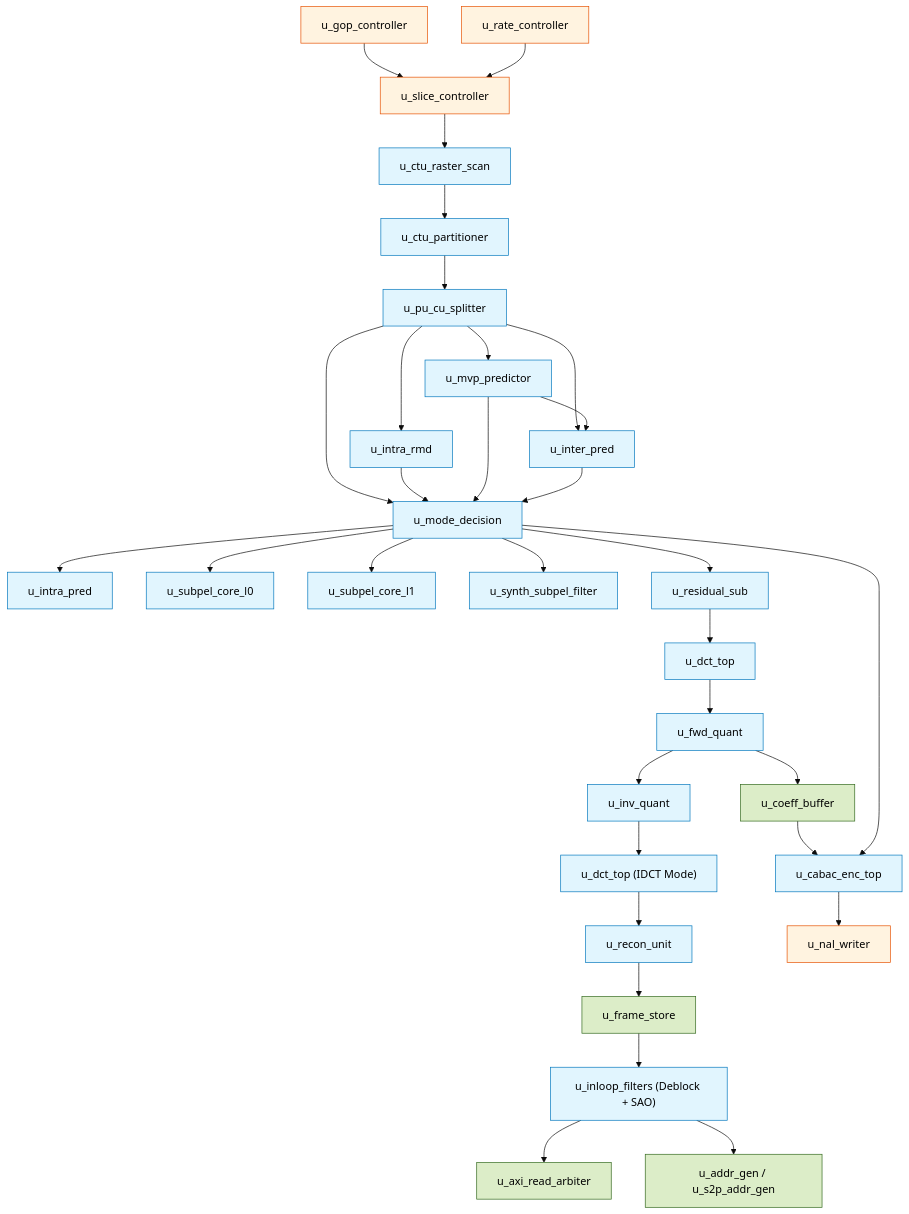
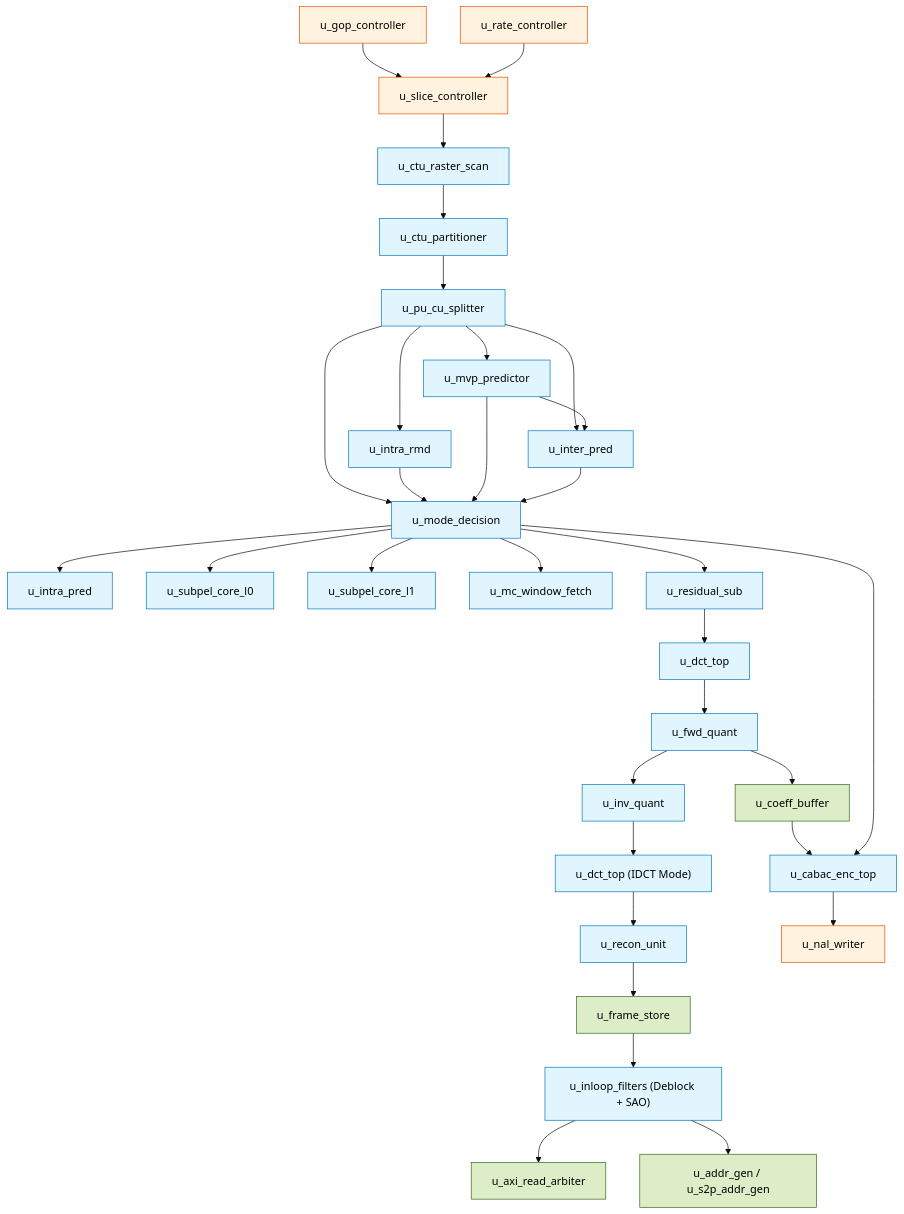
The second of 2 diagrams in docs/port_connections_hevc_top.md (minh-tb/hevc_hw_encoder), drawn with Mermaid (base theme) before and after one commit. The commit also changed other lines of this file and 55 other files, not shown here.

````diff
--- a/docs/port_connections_hevc_top.md
+++ b/docs/port_connections_hevc_top.md
@@ -157,45 +157,45 @@
 ```mermaid
 graph TD
     classDef topmod fill:#fff3e0,stroke:#e65100,stroke-width:1px,color:#000;
     classDef coremod fill:#e1f5fe,stroke:#0277bd,stroke-width:1px,color:#000;
     classDef memmod fill:#dcedc8,stroke:#33691e,stroke-width:1px,color:#000;
 
     GOP["u_gop_controller"]:::topmod --> SLICE["u_slice_controller"]:::topmod
     RC["u_rate_controller"]:::topmod --> SLICE
     SLICE --> SCAN["u_ctu_raster_scan"]:::coremod
     SCAN --> PART["u_ctu_partitioner"]:::coremod
     PART --> SPLIT["u_pu_cu_splitter"]:::coremod
 
     SPLIT --> MD["u_mode_decision"]:::coremod
     SPLIT --> INTRA_RMD["u_intra_rmd"]:::coremod
     SPLIT --> MVP["u_mvp_predictor"]:::coremod
     SPLIT --> INTER["u_inter_pred"]:::coremod
 
     INTRA_RMD --> MD
     MVP --> MD
     MVP --> INTER
     INTER --> MD
 
     MD --> INTRA_PRED["u_intra_pred"]:::coremod
     MD --> SUBPEL_L0["u_subpel_core_l0"]:::coremod
     MD --> SUBPEL_L1["u_subpel_core_l1"]:::coremod
-    MD --> SUBPEL_STR["u_synth_subpel_filter"]:::coremod
+    MD --> MC_WIN["u_mc_window_fetch"]:::coremod
     MD --> RES["u_residual_sub"]:::coremod
 
     RES --> DCT["u_dct_top"]:::coremod
     DCT --> QUANT["u_fwd_quant"]:::coremod
 
     QUANT --> CBUF["u_coeff_buffer"]:::memmod
     QUANT --> IQUANT["u_inv_quant"]:::coremod
     IQUANT --> IDCT["u_dct_top (IDCT Mode)"]:::coremod
     IDCT --> RECON["u_recon_unit"]:::coremod
 
     RECON --> FSTORE["u_frame_store"]:::memmod
     FSTORE --> FILT["u_inloop_filters (Deblock + SAO)"]:::coremod
     FILT --> ARB["u_axi_read_arbiter"]:::memmod
     FILT --> ADDR_GEN["u_addr_gen / u_s2p_addr_gen"]:::memmod
 
     CBUF --> CABAC["u_cabac_enc_top"]:::coremod
     MD --> CABAC
     CABAC --> NAL["u_nal_writer"]:::topmod
 ```
````
